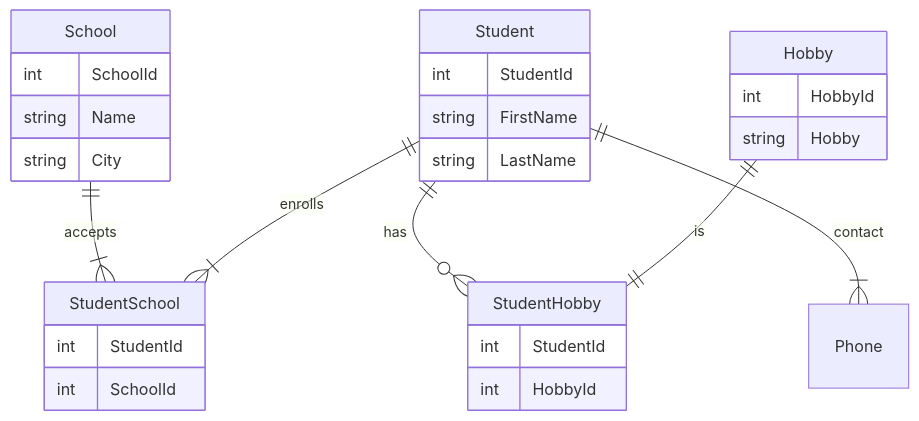
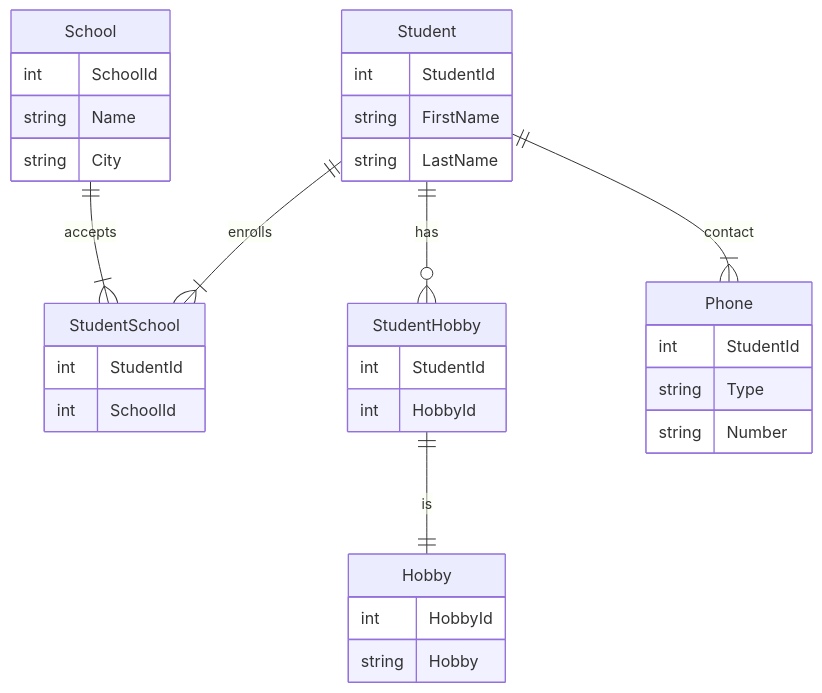
The diagram in README.md (ellinorekmark/db2022), drawn with Mermaid before and after one commit.

Commit message:
polishing ER diagram in README

````diff
--- a/README.md
+++ b/README.md
@@ -1,38 +1,44 @@
 ```mermaid
 
 erDiagram    
     School ||--|{ StudentSchool : accepts
     Student || --|{StudentSchool : enrolls
     Student ||--o{StudentHobby : has
-    Hobby ||--||StudentHobby : is
+    StudentHobby ||--||Hobby : is
     Student ||--|{Phone : contact
     
     
     StudentSchool {
         int StudentId
         int SchoolId
     }
     
     Student {
         int StudentId
         string FirstName
         string LastName
     }
     
     School {
         int SchoolId
         string Name
         string City
     }
 
     StudentHobby {
         int StudentId
         int HobbyId
     }
 
     Hobby {
         int HobbyId
         string Hobby
     }
 
+    Phone {
+        int StudentId
+        string Type
+        string Number
+    }
+
 ```
````
